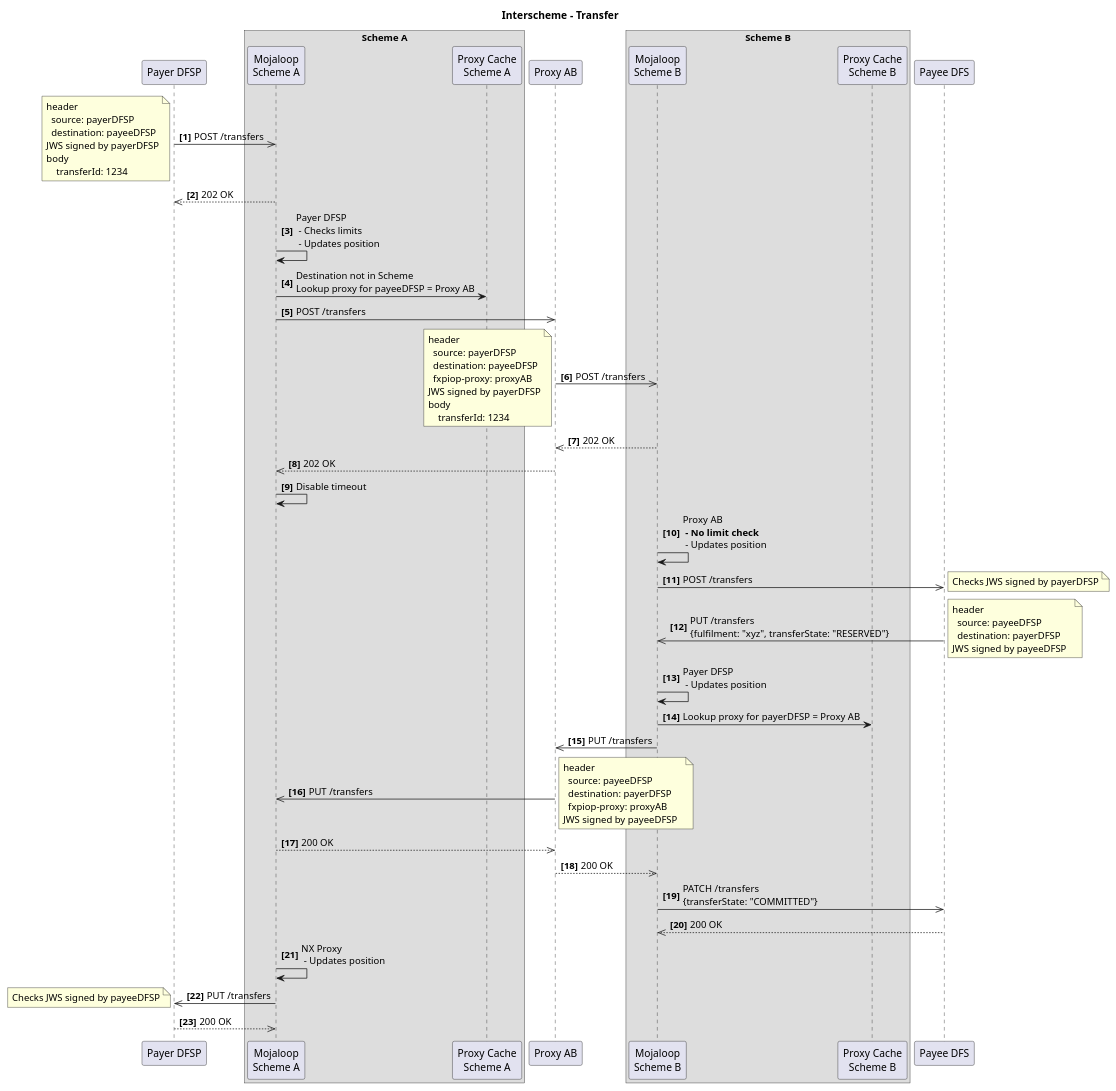
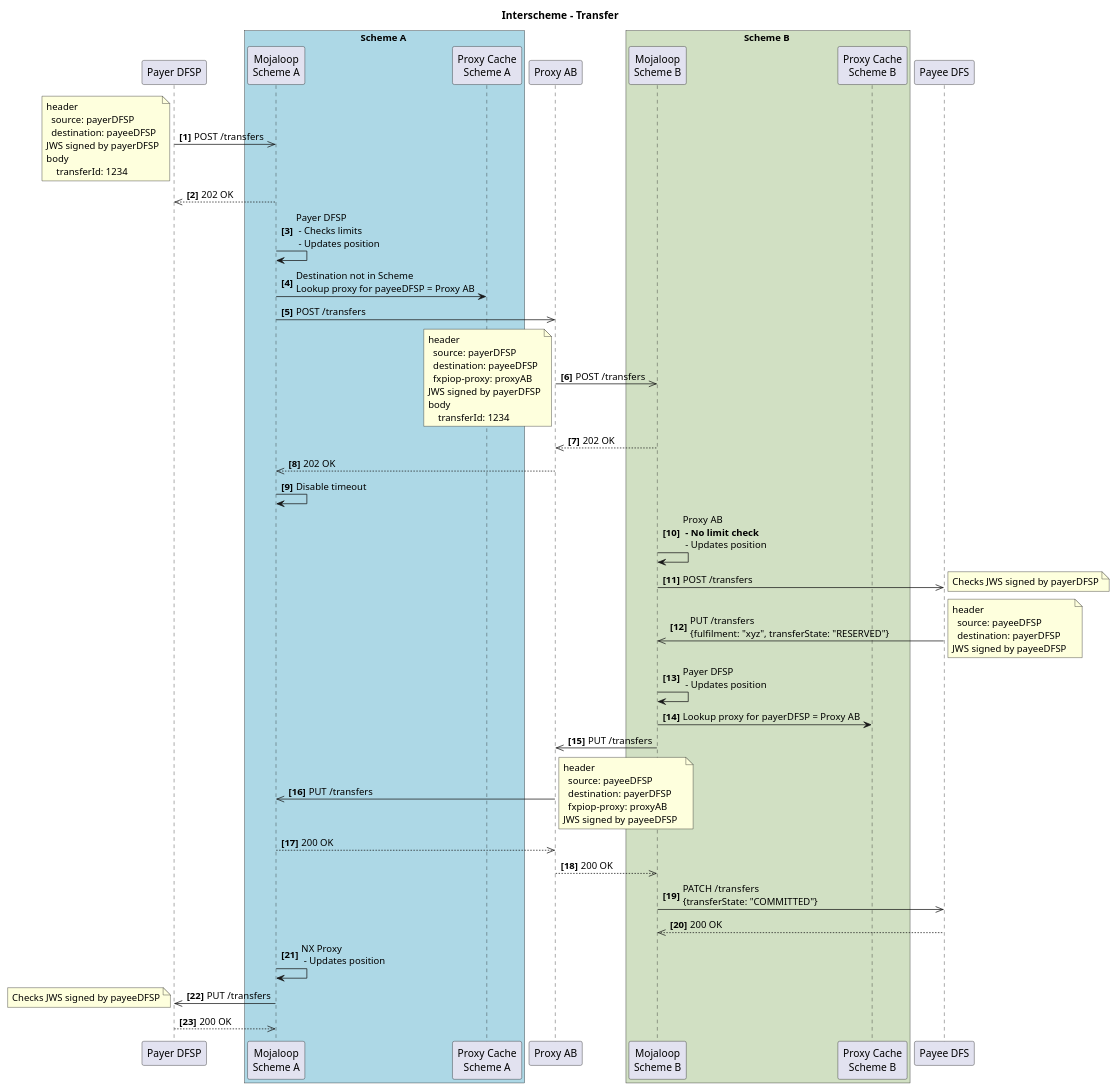
One commit to mojaloop/documentation changed the diagram in docs/product/features/Interscheme/Interscheme - Transfer.plantuml. Above: the diagram before and after it, drawn with PlantUML. The commit also changed 14 other files, not shown here.

Commit message:
feat: Updated interscheme diagrams

```diff
--- a/docs/product/features/Interscheme/Interscheme - Transfer.plantuml
+++ b/docs/product/features/Interscheme/Interscheme - Transfer.plantuml
@@ -1,80 +1,80 @@
-@startuml
+@startuml Interscheme - Transfer
 
 title Interscheme - Transfer
 
 participant "Payer DFSP" as payerDFSP
-box Scheme A
+box Scheme A #LightBlue
   participant "Mojaloop\nScheme A" as schemeA
   participant "Proxy Cache\nScheme A" as pc_A
 end box
 participant "Proxy AB" as xnp
-box Scheme B
+box Scheme B #d1e0c3
   participant "Mojaloop\nScheme B" as schemeB
   participant "Proxy Cache\nScheme B" as pc_B
 end box
 participant "Payee DFS" as payeeDFSP
 
 autonumber 1 "<b>[0]"
 
 payerDFSP ->> schemeA: POST /transfers
 note left
 header 
   source: payerDFSP
   destination: payeeDFSP
 JWS signed by payerDFSP
 body 
     transferId: 1234
 end note
 schemeA -->> payerDFSP: 202 OK
 schemeA -> schemeA: Payer DFSP\n - Checks limits\n - Updates position
 schemeA -> pc_A: Destination not in Scheme\nLookup proxy for payeeDFSP = Proxy AB
 schemeA ->> xnp: POST /transfers
 xnp ->> schemeB: POST /transfers
 note left
 header 
   source: payerDFSP
   destination: payeeDFSP
   fxpiop-proxy: proxyAB
 JWS signed by payerDFSP
 body 
     transferId: 1234
 end note
 schemeB -->> xnp: 202 OK
 xnp -->> schemeA: 202 OK
 schemeA -> schemeA: Disable timeout
 
 schemeB -> schemeB: Proxy AB\n **- No limit check**\n - Updates position
 schemeB->>payeeDFSP: POST /transfers
 note right
 Checks JWS signed by payerDFSP
 end note
 payeeDFSP->>schemeB: PUT /transfers \n{fulfilment: "xyz", transferState: "RESERVED"}
 note right
 header 
   source: payeeDFSP
   destination: payerDFSP
 JWS signed by payeeDFSP  
 end note
 schemeB -> schemeB: Payer DFSP\n - Updates position
 schemeB -> pc_B: Lookup proxy for payerDFSP = Proxy AB
 schemeB->>xnp: PUT /transfers
 xnp->>schemeA: PUT /transfers
 note right
 header 
   source: payeeDFSP
   destination: payerDFSP
   fxpiop-proxy: proxyAB
 JWS signed by payeeDFSP  
 end note
 schemeA-->>xnp: 200 OK
 xnp-->>schemeB: 200 OK
 schemeB->>payeeDFSP: PATCH /transfers \n{transferState: "COMMITTED"}
 payeeDFSP-->>schemeB: 200 OK
 schemeA -> schemeA: NX Proxy\n - Updates position
 schemeA->>payerDFSP: PUT /transfers
 note left
 Checks JWS signed by payeeDFSP
 end note
 payerDFSP -->> schemeA: 200 OK
 
 @enduml
```
